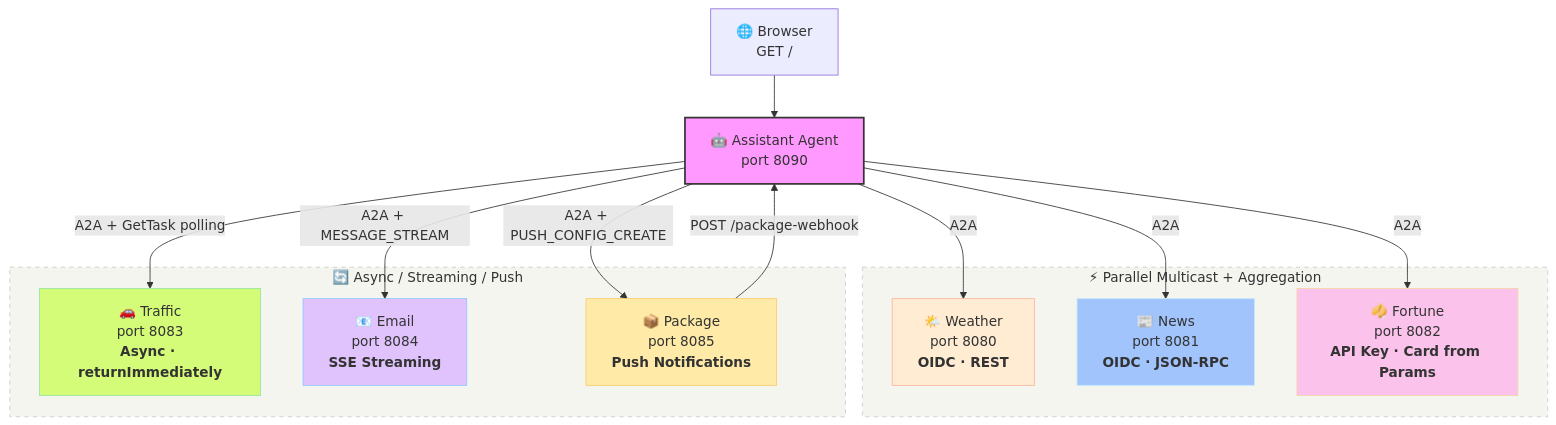
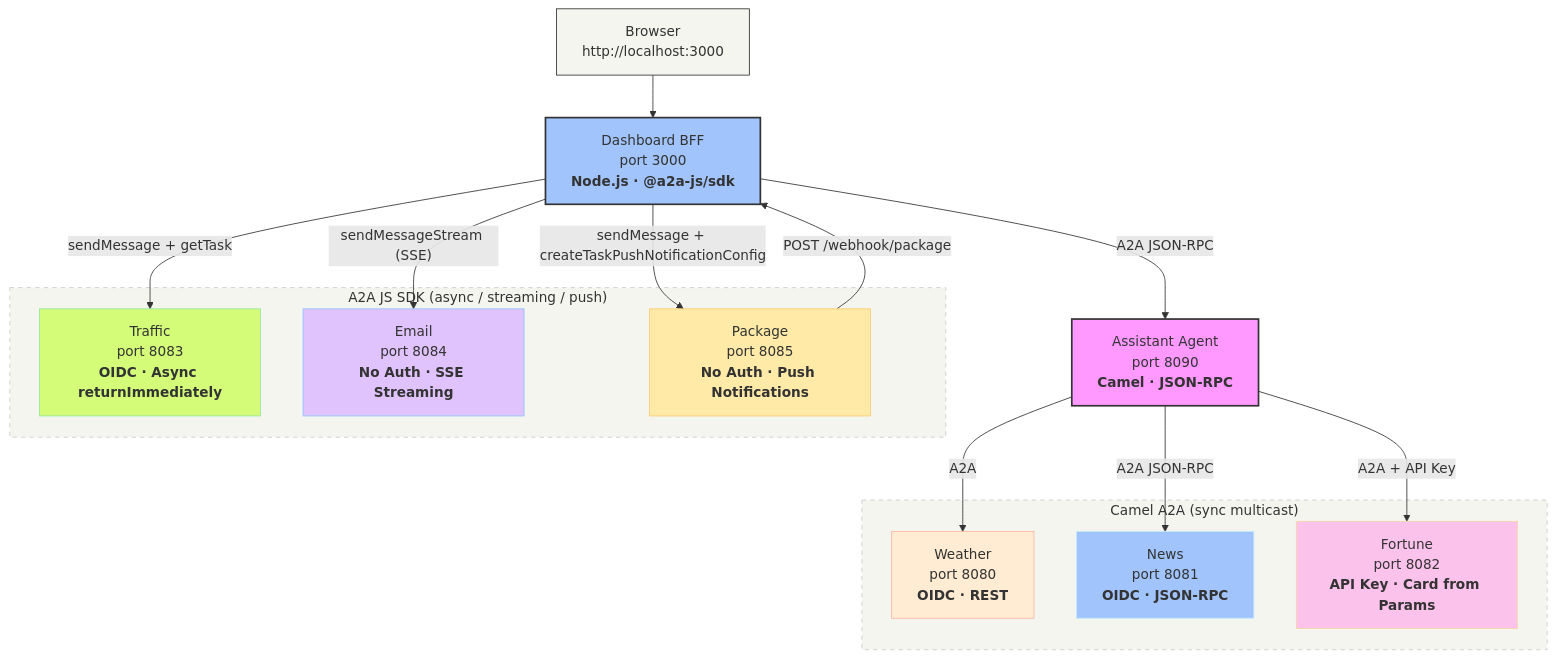
One commit to luigidemasi/camel-a2a-morning-routine changed the diagram in README.md. Above: the diagram before and after it, drawn with Mermaid. The commit also changed other lines of this file and 44 other files, not shown here.

````diff
--- a/README.md
+++ b/README.md
@@ -21,37 +25,42 @@
 ```mermaid
 graph TB
-    Browser["🌐 Browser<br/>GET /"]
-    Assistant["🤖 Assistant Agent<br/>port 8090"]
+    Browser["Browser<br/>http://localhost:3000"]
+    BFF["Dashboard BFF<br/>port 3000<br/><b>Node.js · @a2a-js/sdk</b>"]
+    Assistant["Assistant Agent<br/>port 8090<br/><b>Camel · JSON-RPC</b>"]
 
-    Browser --> Assistant
+    Browser --> BFF
 
-    subgraph parallel["⚡ Parallel Multicast + Aggregation"]
-        Weather["🌤️ Weather<br/>port 8080<br/><b>OIDC · REST</b>"]
-        News["📰 News<br/>port 8081<br/><b>OIDC · JSON-RPC</b>"]
-        Fortune["🥠 Fortune<br/>port 8082<br/><b>API Key · Card from Params</b>"]
+    subgraph camel ["Camel A2A (sync multicast)"]
+        Weather["Weather<br/>port 8080<br/><b>OIDC · REST</b>"]
+        News["News<br/>port 8081<br/><b>OIDC · JSON-RPC</b>"]
+        Fortune["Fortune<br/>port 8082<br/><b>API Key · Card from Params</b>"]
     end
 
-    subgraph async["🔄 Async / Streaming / Push"]
-        Traffic["🚗 Traffic<br/>port 8083<br/><b>Async · returnImmediately</b>"]
-        Email["📧 Email<br/>port 8084<br/><b>SSE Streaming</b>"]
-        Package["📦 Package<br/>port 8085<br/><b>Push Notifications</b>"]
+    subgraph jssdk ["A2A JS SDK (async / streaming / push)"]
+        Traffic["Traffic<br/>port 8083<br/><b>OIDC · Async returnImmediately</b>"]
+        Email["Email<br/>port 8084<br/><b>No Auth · SSE Streaming</b>"]
+        Package["Package<br/>port 8085<br/><b>No Auth · Push Notifications</b>"]
     end
 
+    BFF -- "A2A JSON-RPC" --> Assistant
     Assistant -- "A2A" --> Weather
-    Assistant -- "A2A" --> News
-    Assistant -- "A2A" --> Fortune
-    Assistant -- "A2A + GetTask polling" --> Traffic
-    Assistant -- "A2A + MESSAGE_STREAM" --> Email
-    Assistant -- "A2A + PUSH_CONFIG_CREATE" --> Package
-    Package -- "POST /package-webhook" --> Assistant
+    Assistant -- "A2A JSON-RPC" --> News
+    Assistant -- "A2A + API Key" --> Fortune
 
+    BFF -- "sendMessage + getTask" --> Traffic
+    BFF -- "sendMessageStream (SSE)" --> Email
+    BFF -- "sendMessage + createTaskPushNotificationConfig" --> Package
+    Package -- "POST /webhook/package" --> BFF
+
+    style Browser fill:#f5f5f0,stroke:#333
+    style BFF fill:#a1c4fd,stroke:#333,stroke-width:2px
     style Assistant fill:#f9f,stroke:#333,stroke-width:2px
     style Weather fill:#ffecd2,stroke:#fcb69f
     style News fill:#a1c4fd,stroke:#c2e9fb
     style Fortune fill:#fbc2eb,stroke:#f6d5a8
     style Traffic fill:#d4fc79,stroke:#96e6a1
     style Email fill:#e0c3fc,stroke:#8ec5fc
     style Package fill:#ffeaa7,stroke:#fdcb6e
-    style parallel fill:#f5f5f0,stroke:#ccc,stroke-dasharray: 5 5
-    style async fill:#f5f5f0,stroke:#ccc,stroke-dasharray: 5 5
+    style camel fill:#f5f5f0,stroke:#ccc,stroke-dasharray: 5 5
+    style jssdk fill:#f5f5f0,stroke:#ccc,stroke-dasharray: 5 5
 ```
````
